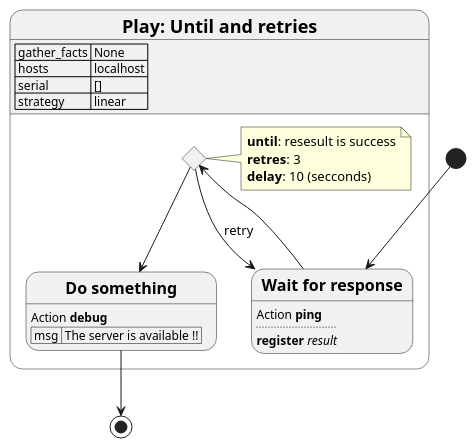
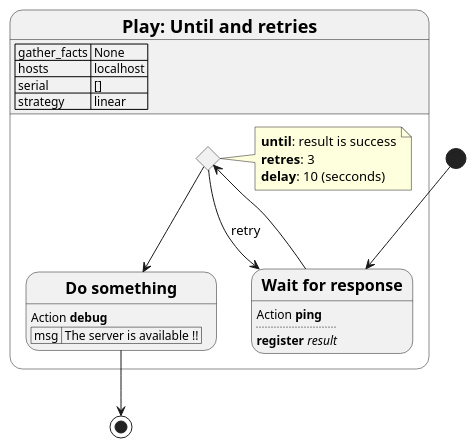
One commit to teramako/playbook2uml changed the diagram in test_playbook/expects/book_9_until_and_retry.puml. Above: the diagram before and after it, drawn with PlantUML. The commit also changed 1 other file, not shown here.

```diff
--- a/test_playbook/expects/book_9_until_and_retry.puml
+++ b/test_playbook/expects/book_9_until_and_retry.puml
@@ -1,26 +1,26 @@
 @startuml
 state "= Play: Until and retries" as play_1 {
     play_1 : | gather_facts | None |
     play_1 : | hosts | localhost |
     play_1 : | serial | [] |
     play_1 : | strategy | linear |
     state "== Wait for response" as task_1
     task_1 : Action **ping**
     task_1 : ....
     task_1 : **register** //result//
     state task_1_until <<choice>>
     note right of task_1_until
-        **until**: resesult is success
+        **until**: result is success
         **retres**: 3
         **delay**: 10 (secconds)
     end note
     state "== Do something" as task_2
     task_2 : Action **debug**
     task_2 : | msg | The server is available !! |
 }
 [*] --> task_1
 task_1_until --> task_2
 task_1 --> task_1_until
 task_1_until --> task_1 : retry
 task_2 --> [*]
 @enduml
```
